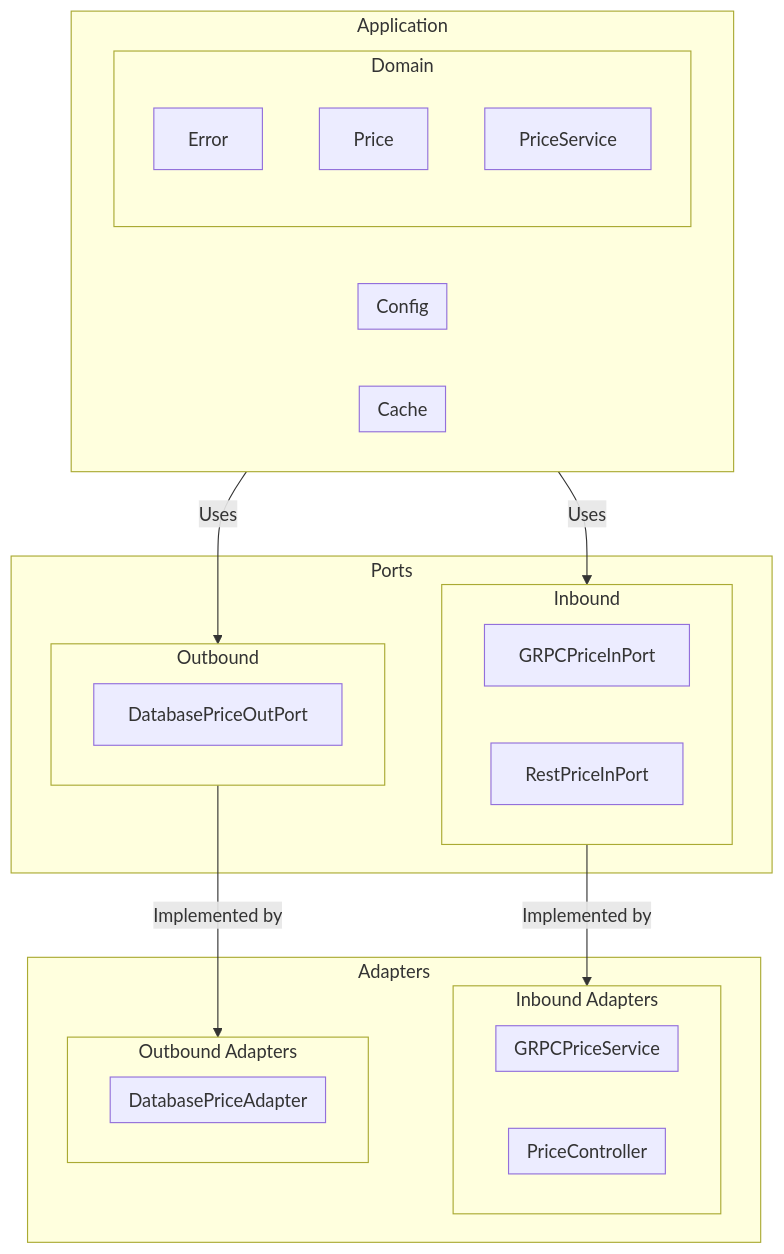
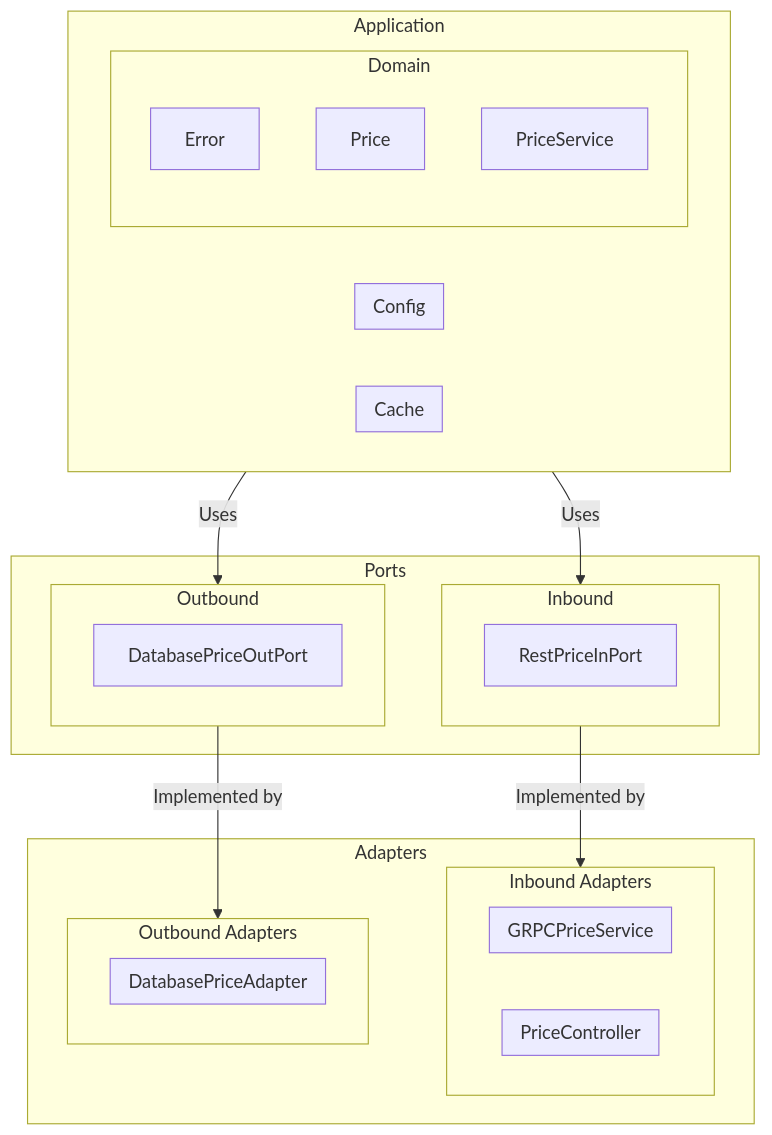
The first of 2 diagrams in README.md (edeldelgado90/capitole-sisu-products-api), drawn with Mermaid before and after one commit. The commit also changed other lines of this file, not shown here.

````diff
--- a/README.md
+++ b/README.md
@@ -61,47 +66,46 @@
 ```mermaid
 flowchart TD
     subgraph Outbound["Outbound"]
         DatabasePriceOutPort["DatabasePriceOutPort"]
     end
     subgraph Inbound["Inbound"]
-        GRPCPriceInPort["GRPCPriceInPort"]
         RestPriceInPort["RestPriceInPort"]
     end
     subgraph Ports["Ports"]
         Outbound
         Inbound
     end
     subgraph PriceController["PriceController"]
     end
     subgraph GRPCPriceService["GRPCPriceService"]
     end
     subgraph subGraph6["Inbound Adapters"]
         PriceController
         GRPCPriceService
     end
     subgraph DatabasePriceAdapter["DatabasePriceAdapter"]
     end
     subgraph subGraph8["Outbound Adapters"]
         DatabasePriceAdapter
     end
     subgraph Adapters["Adapters"]
         subGraph6
         subGraph8
     end
     subgraph Cache["Cache"]
     end
     subgraph Config["Config"]
     end
     subgraph Application["Application"]
         Cache
         Config
         subgraph Domain["Domain"]
             Error["Error"]
             Price["Price"]
             PriceService["PriceService"]
         end
     end
     Application -- Uses --> Inbound & Outbound
     Inbound -- Implemented by --> subGraph6
     Outbound -- Implemented by --> subGraph8
 ```
````
